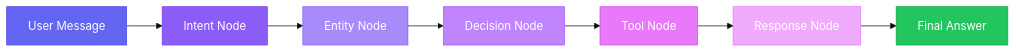
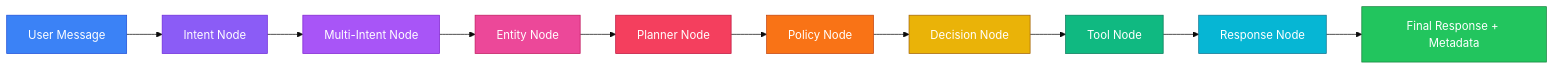
One commit to Rohit1x52/BuyQK-Chatbot changed the second of 3 diagrams in README.md. Above: the diagram before and after it, drawn with Mermaid (base theme). The commit also changed other lines of this file, not shown here.

````diff
--- a/README.md
+++ b/README.md
@@ -82,17 +160,23 @@
 ```mermaid
 graph LR
-    A["User Message"] --> B["Intent Node"]
-    B --> C["Entity Node"]
-    C --> D["Decision Node"]
-    D --> E["Tool Node"]
-    E --> F["Response Node"]
-    F --> G["Final Answer"]
+    M["User Message"] --> IN["Intent Node"]
+    IN --> MIN["Multi-Intent Node"]
+    MIN --> EN["Entity Node"]
+    EN --> PN["Planner Node"]
+    PN --> POL["Policy Node"]
+    POL --> DN["Decision Node"]
+    DN --> TN["Tool Node"]
+    TN --> RN["Response Node"]
+    RN --> OUT["Final Response + Metadata"]
 
-    style A fill:#6366f1,stroke:#4f46e5,color:#fff
-    style B fill:#8b5cf6,stroke:#7c3aed,color:#fff
-    style C fill:#a78bfa,stroke:#8b5cf6,color:#fff
-    style D fill:#c084fc,stroke:#a855f7,color:#fff
-    style E fill:#e879f9,stroke:#d946ef,color:#fff
-    style F fill:#f0abfc,stroke:#e879f9,color:#fff
-    style G fill:#22c55e,stroke:#16a34a,color:#fff
+    style M fill:#3b82f6,stroke:#1d4ed8,color:#fff
+    style IN fill:#8b5cf6,stroke:#6d28d9,color:#fff
+    style MIN fill:#a855f7,stroke:#7e22ce,color:#fff
+    style EN fill:#ec4899,stroke:#be185d,color:#fff
+    style PN fill:#f43f5e,stroke:#be123c,color:#fff
+    style POL fill:#f97316,stroke:#c2410c,color:#fff
+    style DN fill:#eab308,stroke:#a16207,color:#fff
+    style TN fill:#10b981,stroke:#047857,color:#fff
+    style RN fill:#06b6d4,stroke:#0e7490,color:#fff
+    style OUT fill:#22c55e,stroke:#15803d,color:#fff
 ```
````
